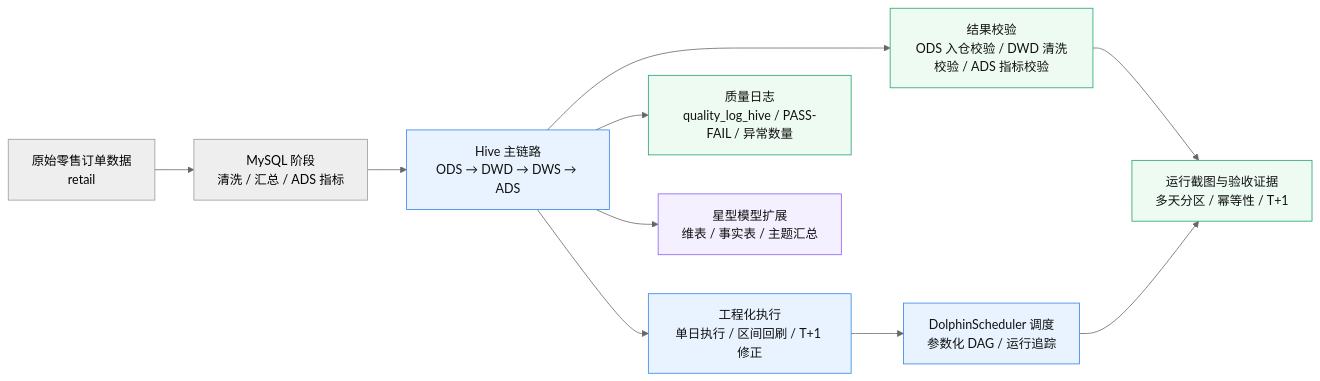
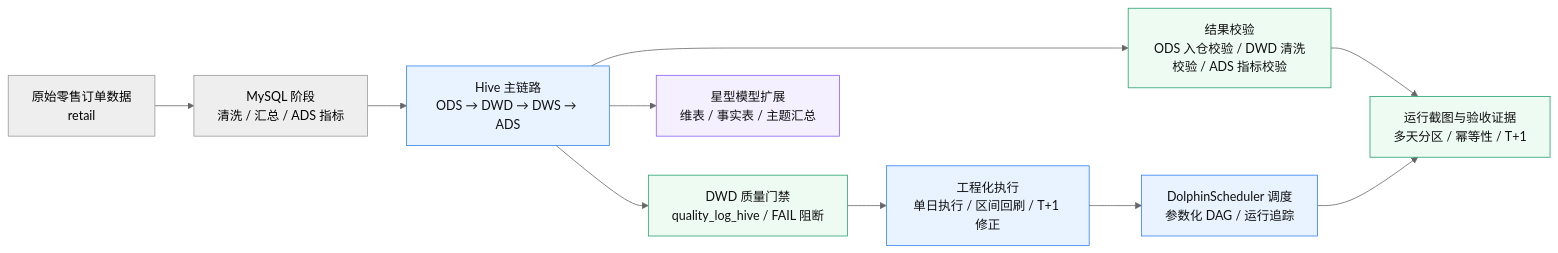
The first of 2 diagrams in README.md (2026heita/retail_project), drawn with Mermaid (neutral theme) before and after one commit. The commit also changed other lines of this file and 30 other files, not shown here.

````diff
--- a/README.md
+++ b/README.md
@@ -21,19 +21,19 @@
 ```mermaid
 flowchart LR
     A["原始零售订单数据<br/>retail"] --> B["MySQL 阶段<br/>清洗 / 汇总 / ADS 指标"]
     B --> C["Hive 主链路<br/>ODS → DWD → DWS → ADS"]
-    C --> D["工程化执行<br/>单日执行 / 区间回刷 / T+1 修正"]
+    C --> QG["DWD 质量门禁<br/>quality_log_hive / FAIL 阻断"]
+    QG --> D["工程化执行<br/>单日执行 / 区间回刷 / T+1 修正"]
     D --> E["DolphinScheduler 调度<br/>参数化 DAG / 运行追踪"]
     C --> F["结果校验<br/>ODS 入仓校验 / DWD 清洗校验 / ADS 指标校验"]
-    C --> Q["质量日志<br/>quality_log_hive / PASS-FAIL / 异常数量"]
     C --> G["星型模型扩展<br/>维表 / 事实表 / 主题汇总"]
     F --> H["运行截图与验收证据<br/>多天分区 / 幂等性 / T+1"]
     E --> H
 
     classDef core fill:#e8f3ff,stroke:#2f80ed,stroke-width:1px,color:#111;
     classDef extend fill:#f4f0ff,stroke:#8b5cf6,stroke-width:1px,color:#111;
     classDef check fill:#eefbf3,stroke:#22a06b,stroke-width:1px,color:#111;
     class C,D,E core;
     class G extend;
-    class F,H,Q check;
+    class F,H,QG check;
 ```
````
